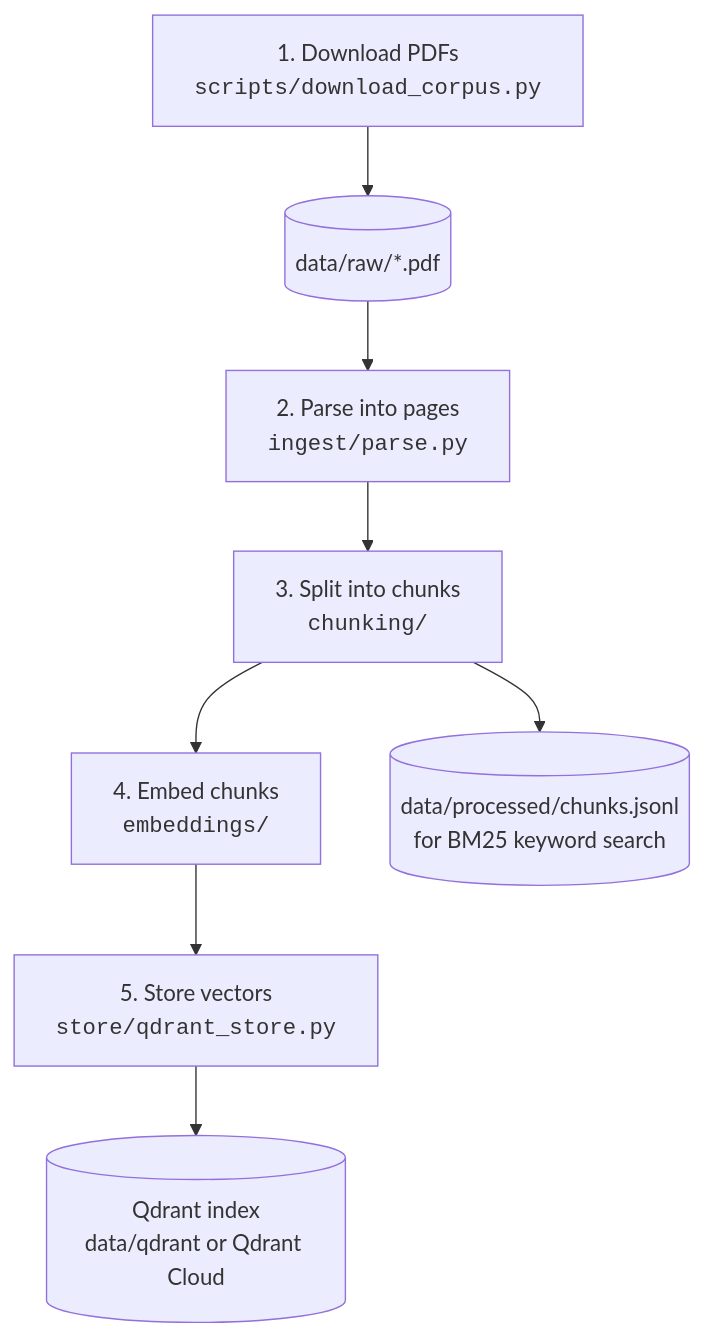
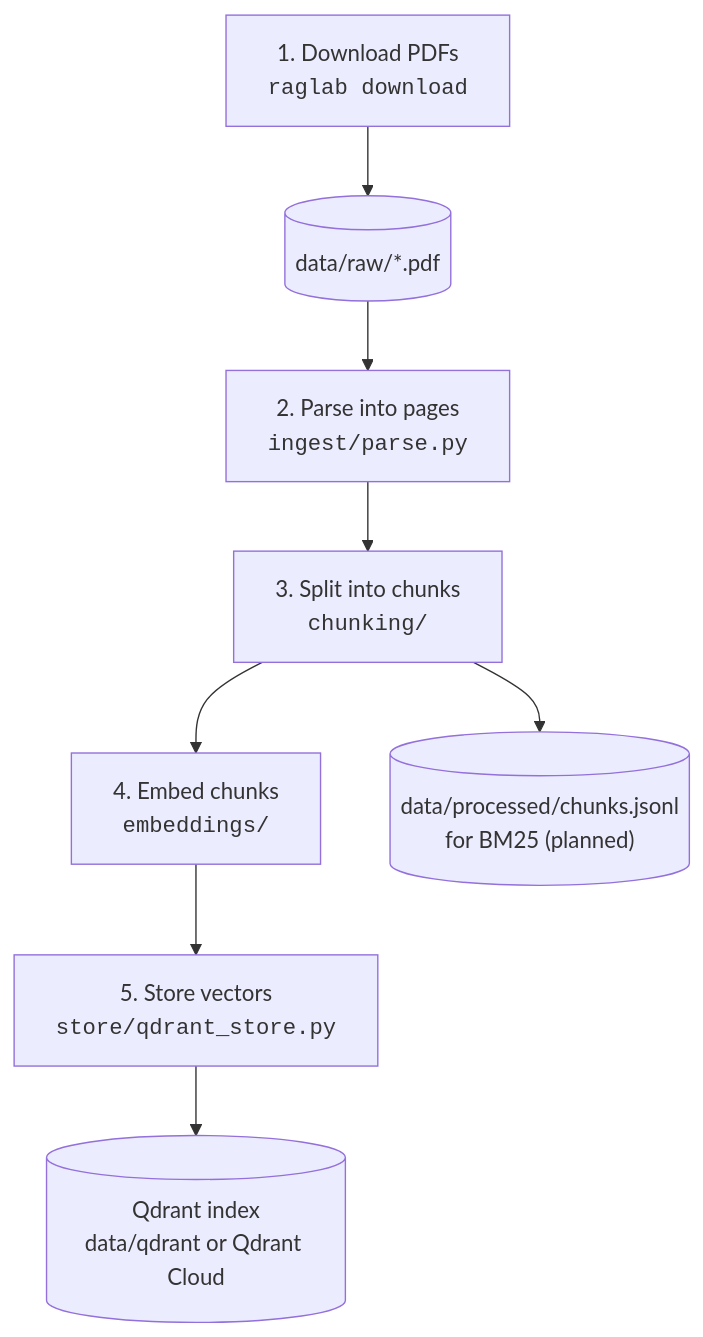
One commit to priyam-16/rag-lab changed the first of 3 diagrams in docs/architecture.md. Above: the diagram before and after it, drawn with Mermaid. The commit also changed other lines of this file and 19 other files, not shown here.

````diff
--- a/docs/architecture.md
+++ b/docs/architecture.md
@@ -7,10 +10,10 @@
 ```mermaid
 flowchart TD
-    A["1. Download PDFs<br/><code>scripts/download_corpus.py</code>"] --> R[("data/raw/*.pdf")]
+    A["1. Download PDFs<br/><code>raglab download</code>"] --> R[("data/raw/*.pdf")]
     R --> B["2. Parse into pages<br/><code>ingest/parse.py</code>"]
     B --> C["3. Split into chunks<br/><code>chunking/</code>"]
     C --> D["4. Embed chunks<br/><code>embeddings/</code>"]
     D --> E["5. Store vectors<br/><code>store/qdrant_store.py</code>"]
-    C --> J[("data/processed/chunks.jsonl<br/>for BM25 keyword search")]
+    C --> J[("data/processed/chunks.jsonl<br/>for BM25 (planned)")]
     E --> Q[("Qdrant index<br/>data/qdrant or Qdrant Cloud")]
 ```
````
